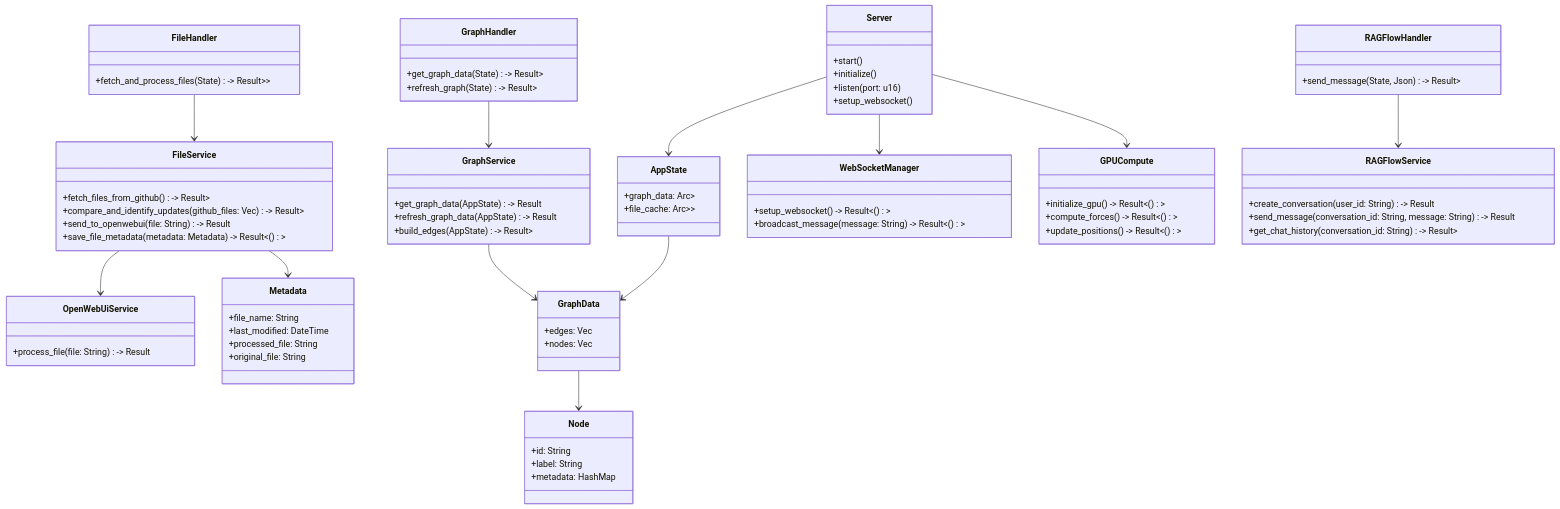
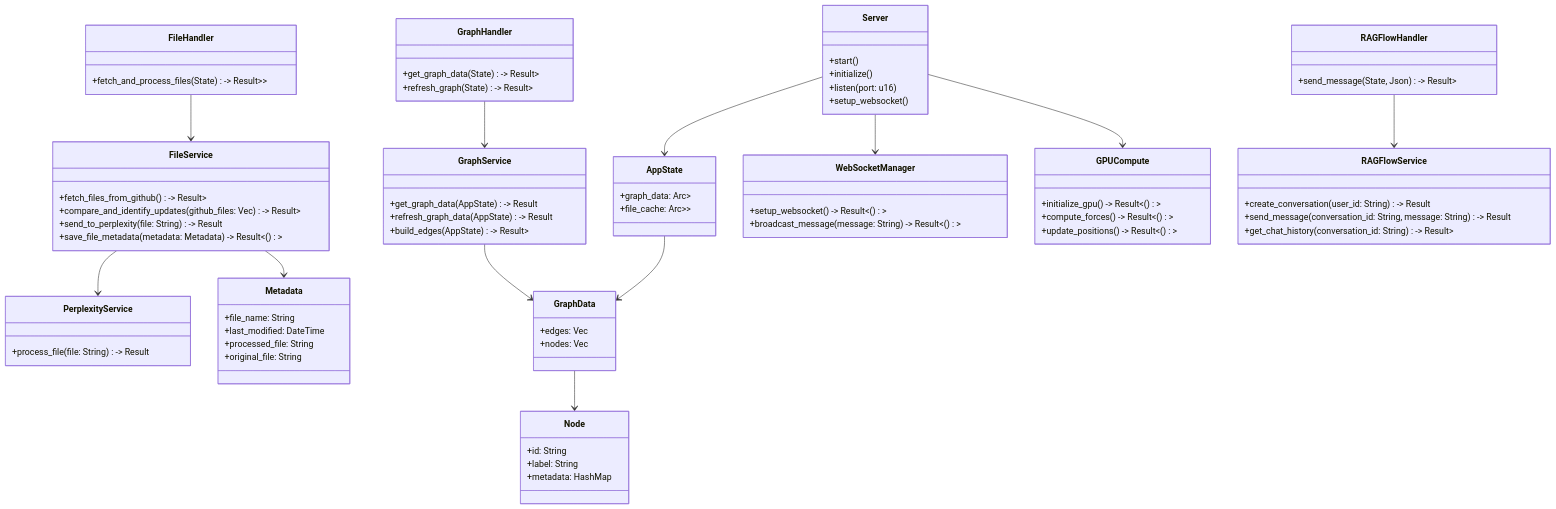
The first of 2 diagrams in README.md (MITIH-Dreamlab/JingSpringThing), drawn with Mermaid before and after one commit. The commit also changed other lines of this file and 28 other files, not shown here.

````diff
--- a/README.md
+++ b/README.md
@@ -33,78 +33,78 @@
 ```mermaid
 classDiagram
     class Server {
         +start()
         +initialize()
         +listen(port: u16)
         +setup_websocket()
     }
     class AppState {
         +graph_data: Arc<RwLock<GraphData>>
         +file_cache: Arc<RwLock<HashMap<String, String>>>
     }
     class GraphHandler {
         +get_graph_data(State<AppState>) -> Result<Json<GraphData>>
         +refresh_graph(State<AppState>) -> Result<Json<GraphData>>
     }
     class FileHandler {
         +fetch_and_process_files(State<AppState>) -> Result<Json<Vec<String>>>
     }
     class RAGFlowHandler {
         +send_message(State<AppState>, Json<Message>) -> Result<Json<Response>>
     }
     class GraphService {
         +get_graph_data(AppState) -> Result<GraphData>
         +refresh_graph_data(AppState) -> Result<GraphData>
         +build_edges(AppState) -> Result<Vec<Edge>>
     }
     class FileService {
         +fetch_files_from_github() -> Result<Vec<GithubFile>>
         +compare_and_identify_updates(github_files: Vec<GithubFile>) -> Result<Vec<String>>
-        +send_to_openwebui(file: String) -> Result<ProcessedFile>
+        +send_to_perplexity(file: String) -> Result<ProcessedFile>
         +save_file_metadata(metadata: Metadata) -> Result<()>
     }
     class RAGFlowService {
         +create_conversation(user_id: String) -> Result<String>
         +send_message(conversation_id: String, message: String) -> Result<String>
         +get_chat_history(conversation_id: String) -> Result<Vec<Message>>
     }
-    class OpenWebUiService {
+    class PerplexityService {
         +process_file(file: String) -> Result<ProcessedFile>
     }
     class GraphData {
         +edges: Vec<Edge>
         +nodes: Vec<Node>
     }
     class Metadata {
         +file_name: String
         +last_modified: DateTime<Utc>
         +processed_file: String
         +original_file: String
     }
     class Node {
         +id: String
         +label: String
         +metadata: HashMap<String, String>
     }
     class WebSocketManager {
         +setup_websocket() -> Result<()>
         +broadcast_message(message: String) -> Result<()>
     }
     class GPUCompute {
         +initialize_gpu() -> Result<()>
         +compute_forces() -> Result<()>
         +update_positions() -> Result<()>
     }
 
     Server --> AppState
     Server --> WebSocketManager
     Server --> GPUCompute
     AppState --> GraphData
     GraphHandler --> GraphService
     FileHandler --> FileService
     RAGFlowHandler --> RAGFlowService
-    FileService --> OpenWebUiService
+    FileService --> PerplexityService
     FileService --> Metadata
     GraphService --> GraphData
     GraphData --> Node
 ```
````
